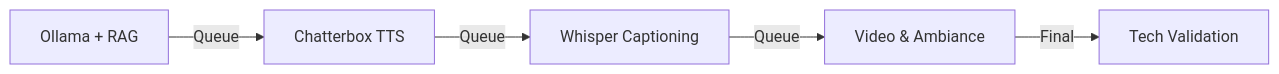
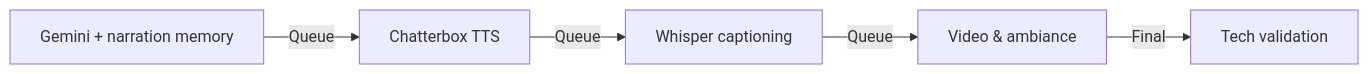
One commit to Algiras/wolf-saga changed the diagram in audiobook/README.md. Above: the diagram before and after it, drawn with Mermaid. The commit also changed other lines of this file and 19 other files, not shown here.

````diff
--- a/audiobook/README.md
+++ b/audiobook/README.md
@@ -183,7 +166,7 @@
 ```mermaid
 graph LR
-    P[Ollama + RAG] -->|Queue| A[Chatterbox TTS]
-    A -->|Queue| T[Whisper Captioning]
-    T -->|Queue| V[Video & Ambiance]
-    V -->|Final| Q[Tech Validation]
+    P[Gemini + narration memory] -->|Queue| A[Chatterbox TTS]
+    A -->|Queue| T[Whisper captioning]
+    T -->|Queue| V[Video & ambiance]
+    V -->|Final| Q[Tech validation]
 ```
````
